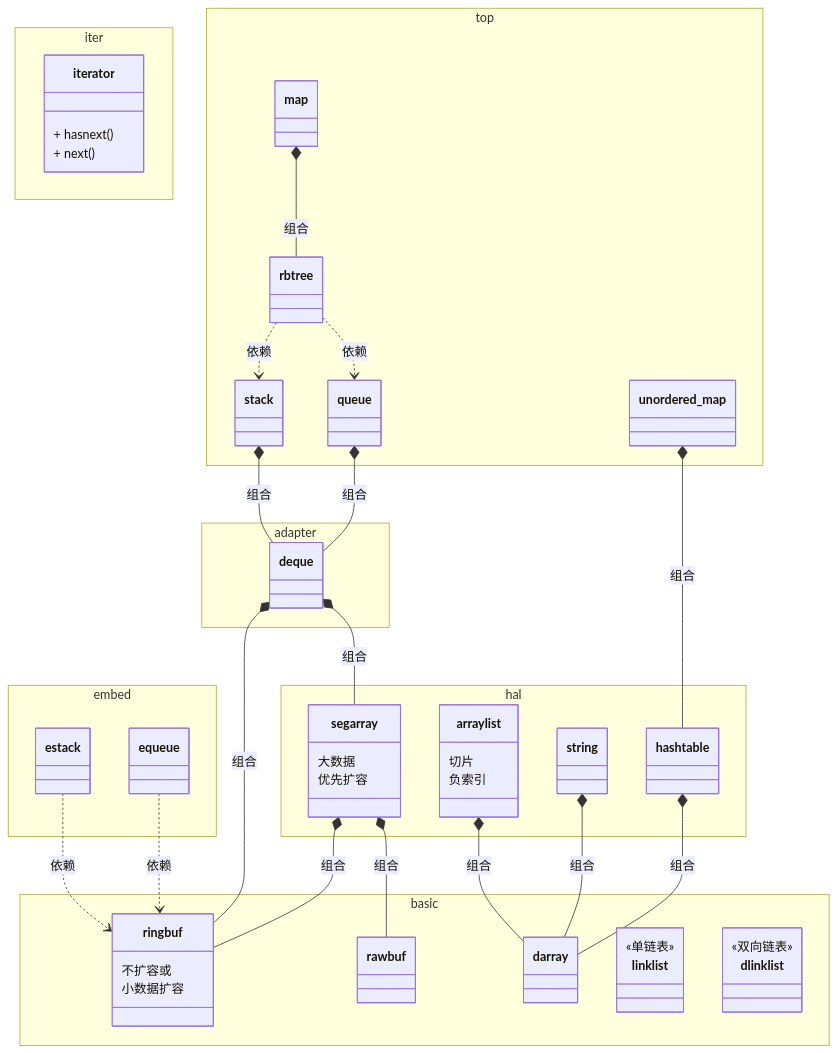
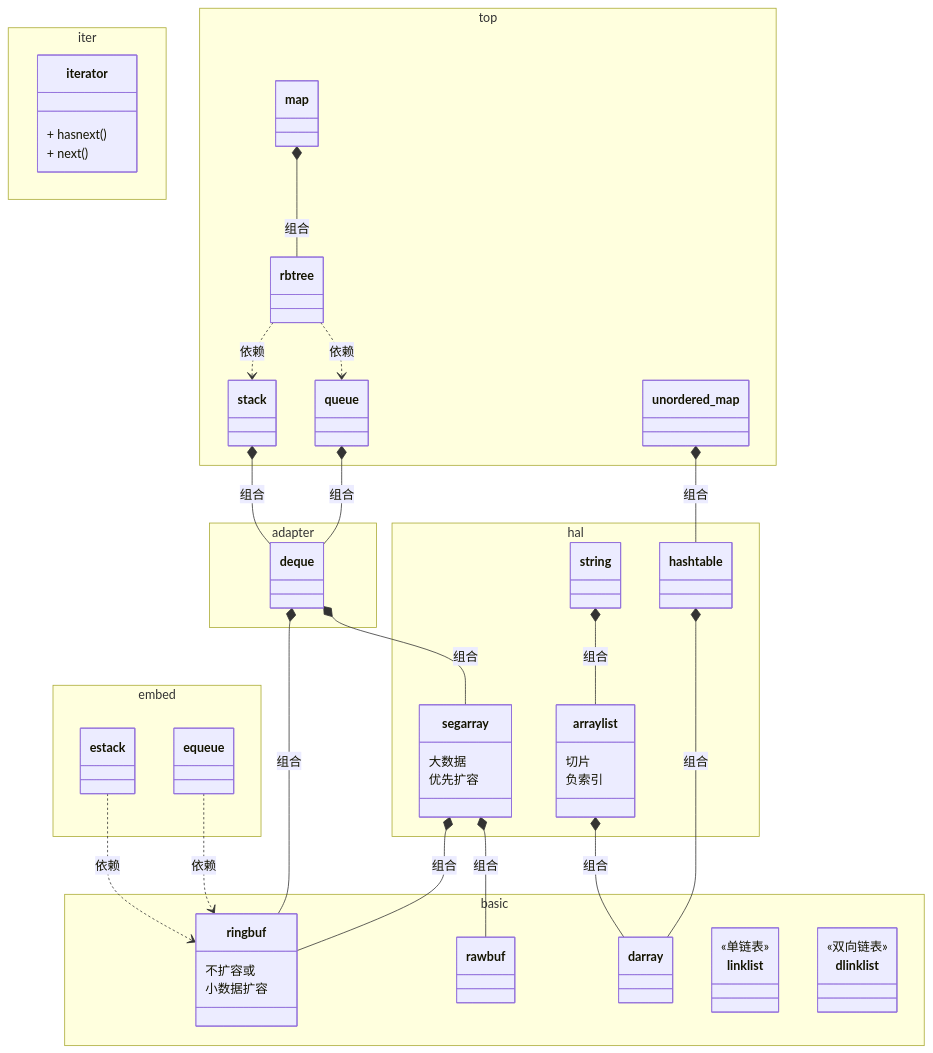
One commit to Orig5826/unicstl changed the diagram in README.md. Above: the diagram before and after it, drawn with Mermaid. The commit also changed other lines of this file and 11 other files, not shown here.

```diff
--- a/README.md
+++ b/README.md
@@ -79,7 +79,7 @@
 segarray *-- rawbuf : 组合
 
 arraylist *-- darray : 组合
-string *-- darray : 组合
+string *-- arraylist : 组合
 hashtable *-- darray : 组合
 
 
```
